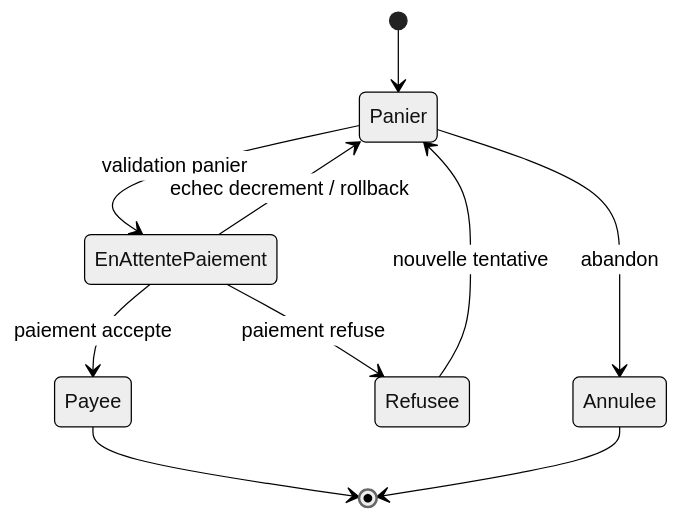
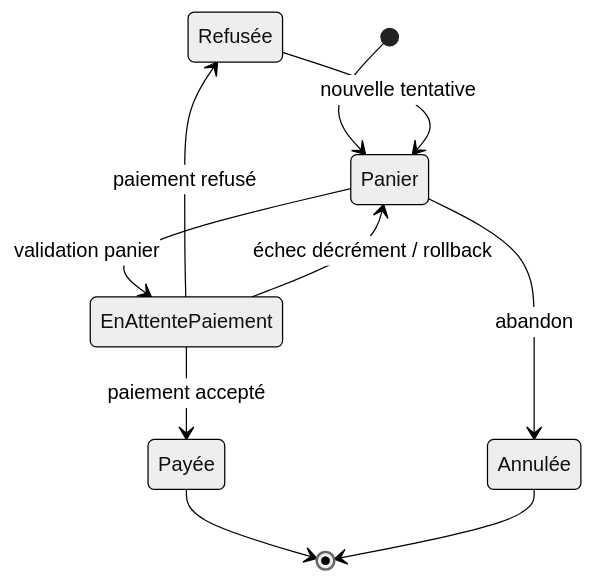
Before and after one commit to Axel-al/billeterie-concerts: the third of 3 diagrams in docs/validation/diagrammes_etats.md, drawn with Mermaid (neutral theme). The commit also changed other lines of this file and 48 other files, not shown here.

````diff
--- a/docs/validation/diagrammes_etats.md
+++ b/docs/validation/diagrammes_etats.md
@@ -48,12 +53,14 @@
 ```mermaid
 stateDiagram-v2
+    state "Refusée" as Refusee
+    state "Annulée" as Annulee
     [*] --> Panier
     Panier --> EnAttentePaiement: validation panier
-    EnAttentePaiement --> Payee: paiement accepte
-    EnAttentePaiement --> Refusee: paiement refuse
-    EnAttentePaiement --> Panier: echec decrement / rollback
+    EnAttentePaiement --> Payée: paiement accepté
+    EnAttentePaiement --> Refusee: paiement refusé
+    EnAttentePaiement --> Panier: échec décrément / rollback
     Panier --> Annulee: abandon
     Refusee --> Panier: nouvelle tentative
-    Payee --> [*]
+    Payée --> [*]
     Annulee --> [*]
 ```
````
